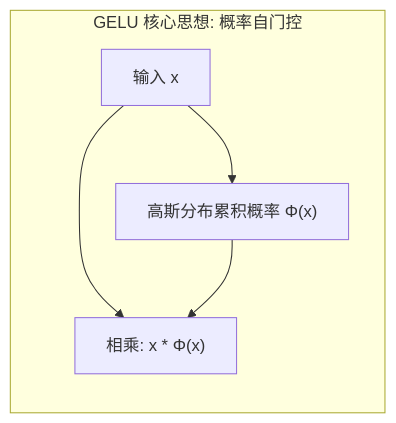
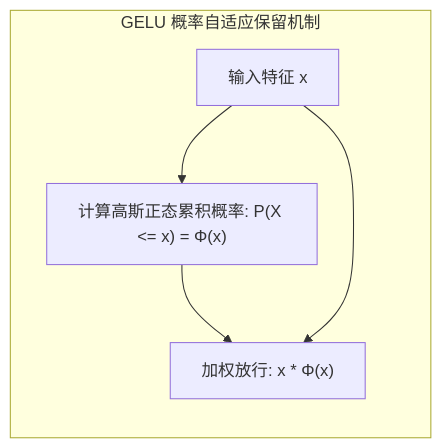
Before and after one commit to hqu-little-boy/blog: the third of 5 diagrams in src/content/posts/dl-operators-03-activation-functions-guide.md, drawn with Mermaid. The commit also changed other lines of this file and 11 other files, not shown here.

````diff
--- a/src/content/posts/dl-operators-03-activation-functions-guide.md
+++ b/src/content/posts/dl-operators-03-activation-functions-guide.md
@@ -135,11 +212,10 @@
 ```mermaid
 graph LR
-    subgraph Concept["GELU 核心思想: 概率自门控"]
-        Input["输入 x"]
-        CDF["高斯分布累积概率 Φ(x)"]
-        Mul["相乘: x * Φ(x)"]
-        Input --> Mul
-        Input --> CDF
-        CDF --> Mul
+    subgraph GELUConcept["GELU 概率自适应保留机制"]
+        In["输入特征 x"]
+        CDF["计算高斯正态累积概率: P(X <= x) = Φ(x)"]
+        Mul["加权放行: x * Φ(x)"]
+        In --> CDF --> Mul
+        In --> Mul
     end
 ```
````
